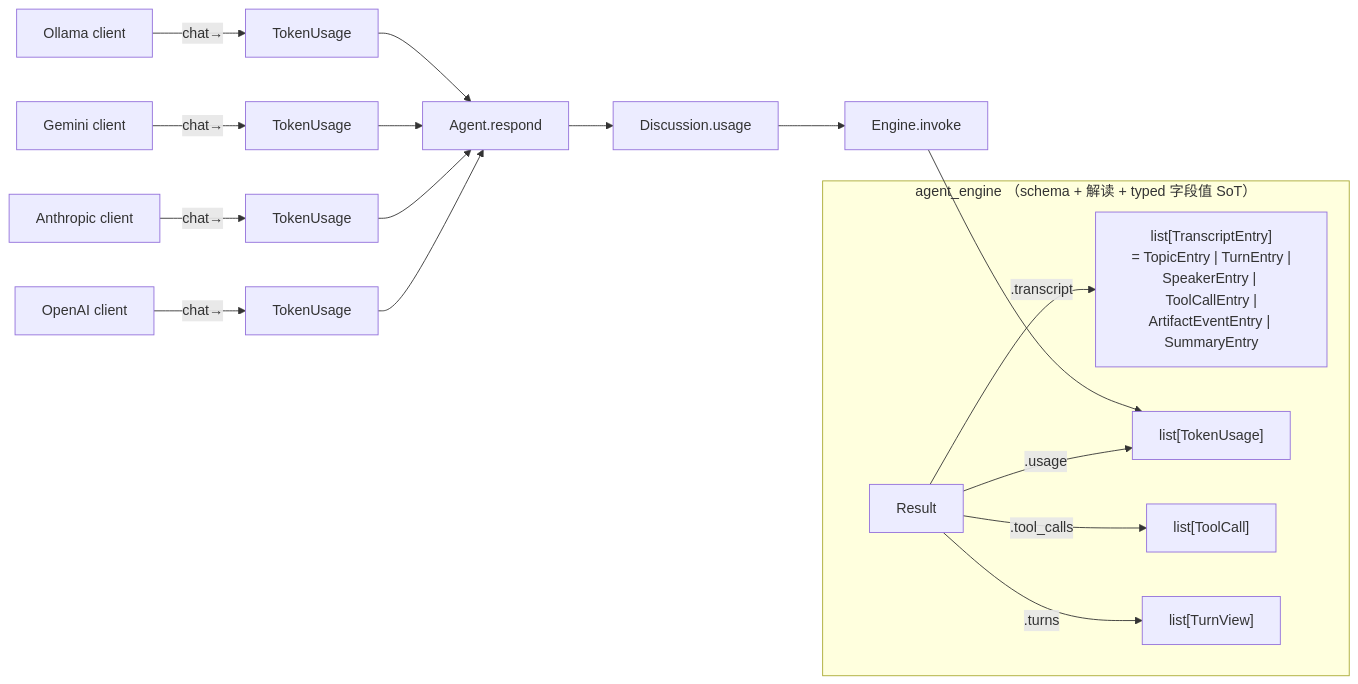
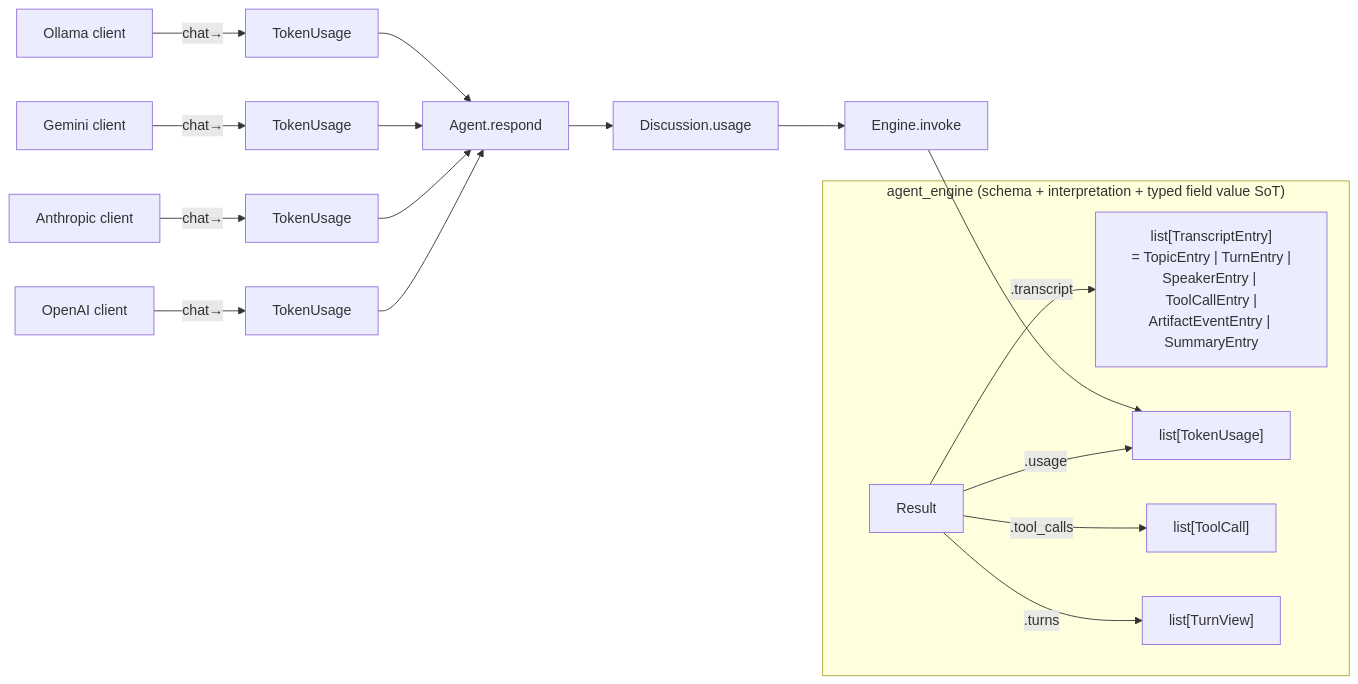
One commit to AndyUneducated/alchemy changed diagram 13 of 13 in play/agent_engine/JOURNAL.md. Above: the diagram before and after it, drawn with Mermaid. The commit also changed other lines of this file and 197 other files, not shown here.

````diff
--- a/play/agent_engine/JOURNAL.md
+++ b/play/agent_engine/JOURNAL.md
@@ -548,15 +539,15 @@
 ```mermaid
 flowchart LR
-    subgraph Schema["agent_engine （schema + 解读 + typed 字段值 SoT）"]
-      RES[Result]
-      RES -->|.transcript| TE["list[TranscriptEntry]<br/>= TopicEntry | TurnEntry |<br/>SpeakerEntry | ToolCallEntry |<br/>ArtifactEventEntry | SummaryEntry"]
-      RES -->|.usage| UU["list[TokenUsage]"]
-      RES -->|.tool_calls| TC["list[ToolCall]"]
-      RES -->|.turns| TV["list[TurnView]"]
-    end
-    CL1[OpenAI client] -->|chat→| TU1[TokenUsage]
-    CL2[Anthropic client] -->|chat→| TU2[TokenUsage]
-    CL3[Gemini client] -->|chat→| TU3[TokenUsage]
-    CL4[Ollama client] -->|chat→| TU4[TokenUsage]
-    TU1 & TU2 & TU3 & TU4 --> AG[Agent.respond] --> DSC[Discussion.usage] --> ENG[Engine.invoke] --> UU
+subgraph Schema["agent_engine (schema + interpretation + typed field value SoT)"]
+RES[Result]
+RES -->|.transcript| TE["list[TranscriptEntry]<br/>= TopicEntry | TurnEntry |<br/>SpeakerEntry | ToolCallEntry |<br/>ArtifactEventEntry | SummaryEntry"]
+RES -->|.usage| UU["list[TokenUsage]"]
+RES -->|.tool_calls| TC["list[ToolCall]"]
+RES -->|.turns| TV["list[TurnView]"]
+end
+CL1[OpenAI client] -->|chat→| TU1[TokenUsage]
+CL2[Anthropic client] -->|chat→| TU2[TokenUsage]
+CL3[Gemini client] -->|chat→| TU3[TokenUsage]
+CL4[Ollama client] -->|chat→| TU4[TokenUsage]
+TU1 & TU2 & TU3 & TU4 --> AG[Agent.respond] --> DSC[Discussion.usage] --> ENG[Engine.invoke] --> UU
 ```
````
